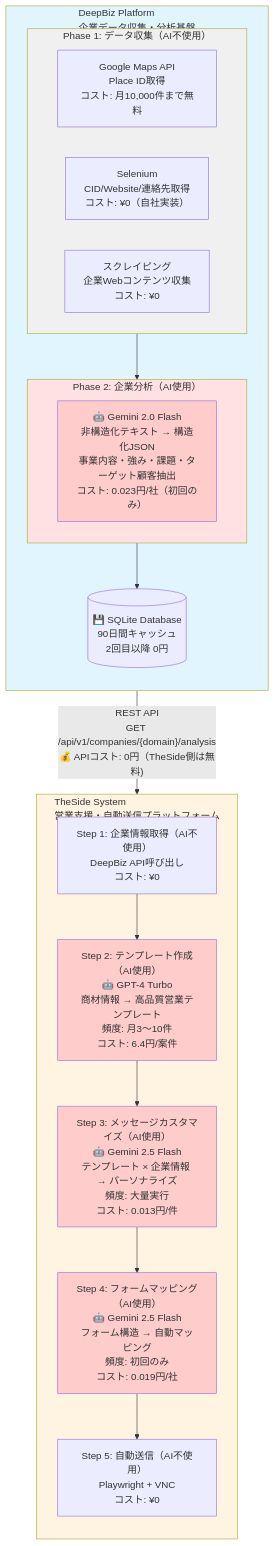
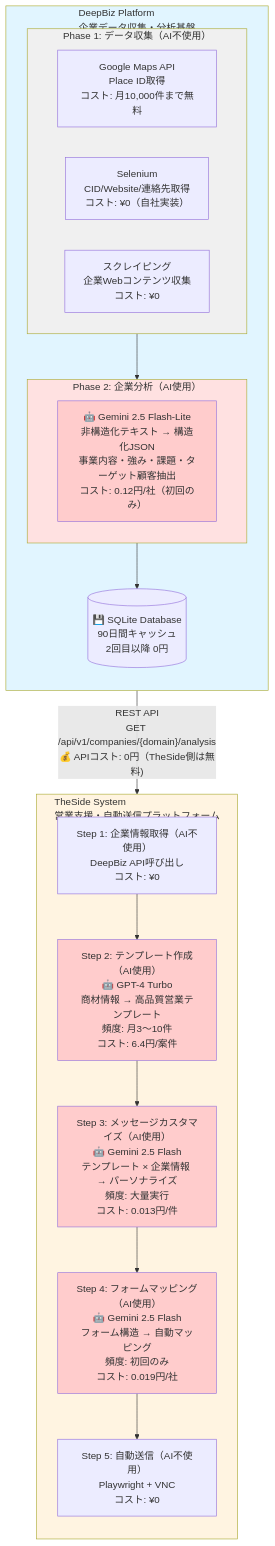
One commit to shintarospec/deepbiz changed the first of 3 diagrams in docs/DeepBiz_TheSide_AI_Cost_Integration.md. Above: the diagram before and after it, drawn with Mermaid. The commit also changed other lines of this file and 6 other files, not shown here.

````diff
--- a/docs/DeepBiz_TheSide_AI_Cost_Integration.md
+++ b/docs/DeepBiz_TheSide_AI_Cost_Integration.md
@@ -22,44 +22,44 @@
 ```mermaid
 flowchart TB
     subgraph DeepBiz["DeepBiz Platform<br/>企業データ収集・分析基盤"]
         direction TB
         
         subgraph Phase1["Phase 1: データ収集（AI不使用）"]
             P1A["Google Maps API<br/>Place ID取得<br/>コスト: 月10,000件まで無料"]
             P1B["Selenium<br/>CID/Website/連絡先取得<br/>コスト: ¥0（自社実装）"]
             P1C["スクレイピング<br/>企業Webコンテンツ収集<br/>コスト: ¥0"]
         end
         
         subgraph Phase2["Phase 2: 企業分析（AI使用）"]
-            P2A["🤖 Gemini 2.0 Flash<br/>非構造化テキスト → 構造化JSON<br/>事業内容・強み・課題・ターゲット顧客抽出<br/>コスト: 0.023円/社（初回のみ）"]
+            P2A["🤖 Gemini 2.5 Flash-Lite<br/>非構造化テキスト → 構造化JSON<br/>事業内容・強み・課題・ターゲット顧客抽出<br/>コスト: 0.12円/社（初回のみ）"]
         end
         
         DB[("💾 SQLite Database<br/>90日間キャッシュ<br/>2回目以降 0円")]
         
         Phase1 --> Phase2
         Phase2 --> DB
     end
     
     subgraph TheSide["TheSide System<br/>営業支援・自動送信プラットフォーム"]
         direction TB
         
         S1["Step 1: 企業情報取得（AI不使用）<br/>DeepBiz API呼び出し<br/>コスト: ¥0"]
         S2["Step 2: テンプレート作成（AI使用）<br/>🤖 GPT-4 Turbo<br/>商材情報 → 高品質営業テンプレート<br/>頻度: 月3〜10件<br/>コスト: 6.4円/案件"]
         S3["Step 3: メッセージカスタマイズ（AI使用）<br/>🤖 Gemini 2.5 Flash<br/>テンプレート × 企業情報 → パーソナライズ<br/>頻度: 大量実行<br/>コスト: 0.013円/件"]
         S4["Step 4: フォームマッピング（AI使用）<br/>🤖 Gemini 2.5 Flash<br/>フォーム構造 → 自動マッピング<br/>頻度: 初回のみ<br/>コスト: 0.019円/社"]
         S5["Step 5: 自動送信（AI不使用）<br/>Playwright + VNC<br/>コスト: ¥0"]
         
         S1 --> S2 --> S3 --> S4 --> S5
     end
     
     DeepBiz -->|"REST API<br/>GET /api/v1/companies/{domain}/analysis<br/>💰 APIコスト: 0円（TheSide側は無料)"| TheSide
     
     style DeepBiz fill:#e1f5ff
     style TheSide fill:#fff4e1
     style Phase1 fill:#f0f0f0
     style Phase2 fill:#ffe1e1
     style P2A fill:#ffcccc
     style S2 fill:#ffcccc
     style S3 fill:#ffcccc
     style S4 fill:#ffcccc
 ```
````
